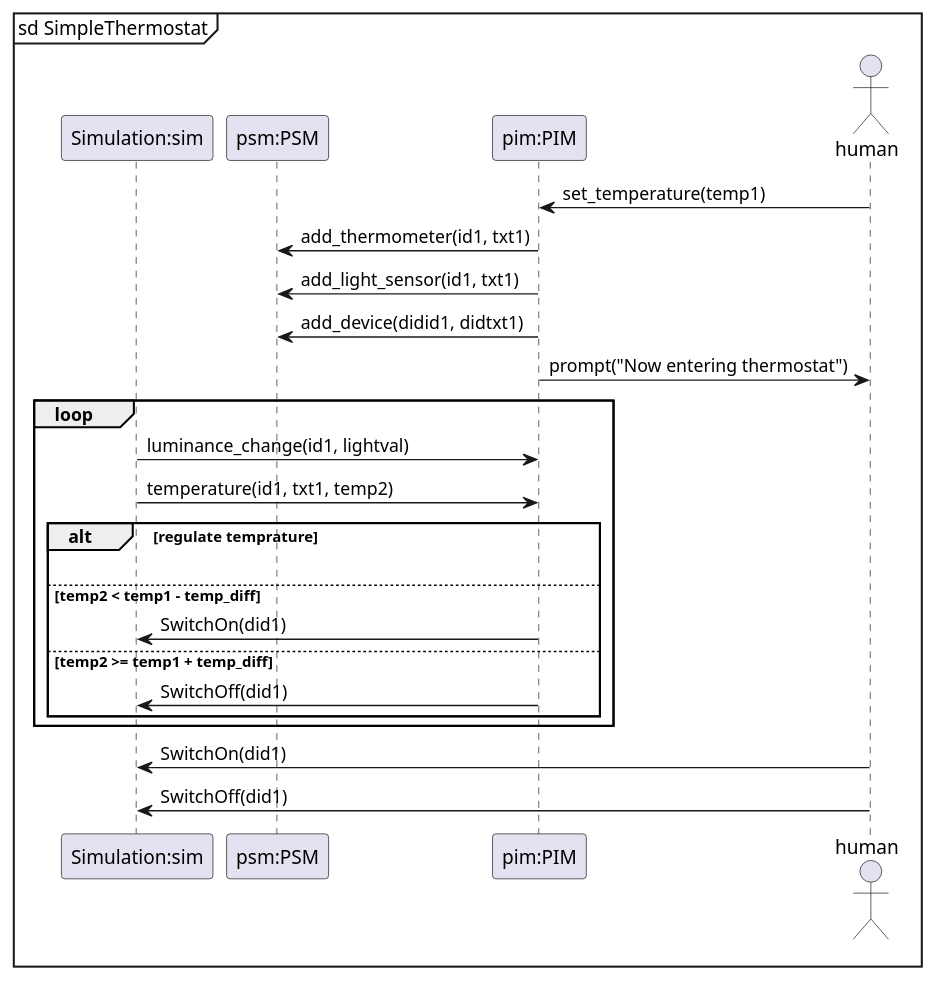
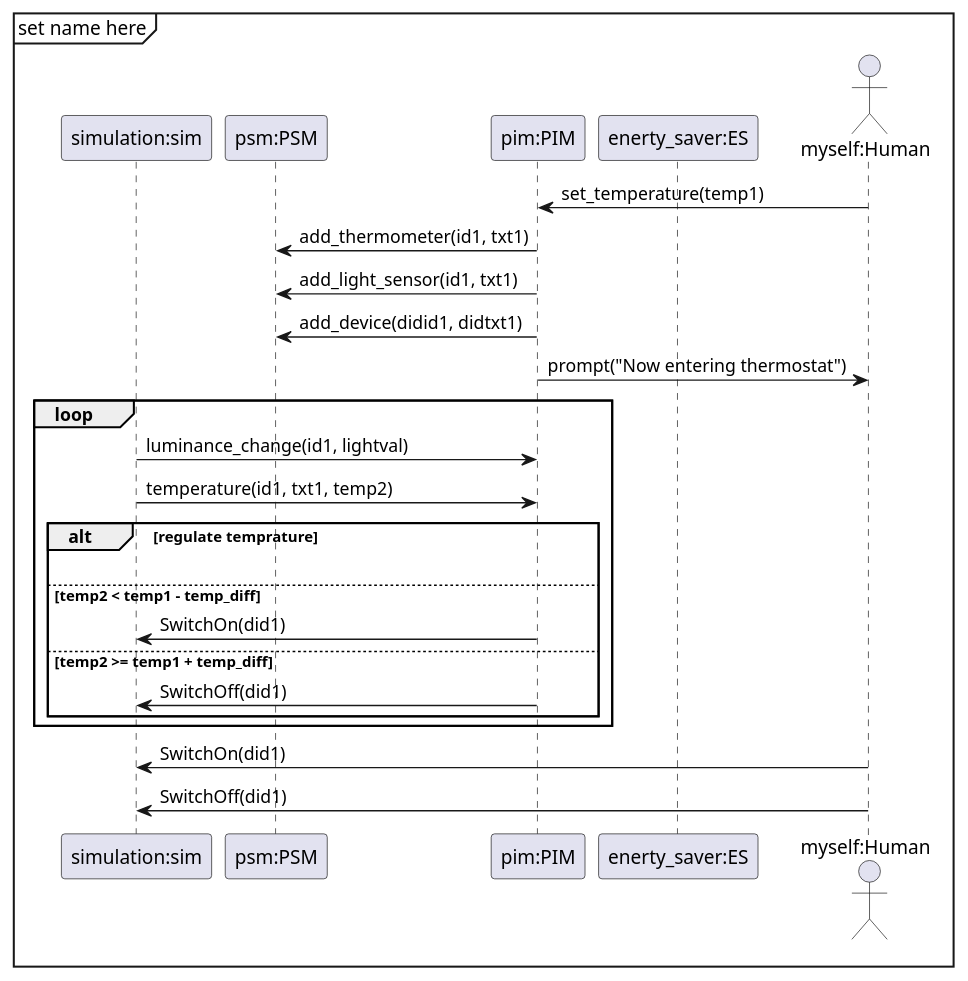
The diagram in Oblig1/sequence diagram.plantuml (Tobhal/HIOF-Models-and-Digital-Twins), drawn with PlantUML before and after one commit. The commit also changed 2 other files, not shown here.

Commit message:
Change name to a temp name

```diff
--- a/Oblig1/sequence diagram.plantuml
+++ b/Oblig1/sequence diagram.plantuml
@@ -1,32 +1,33 @@
 @startuml sequense diagram
-mainframe sd SimpleThermostat
+mainframe set name here
 
-participant "Simulation:sim" as sim
+participant "simulation:sim" as sim
 participant "psm:PSM" as psm
 participant "pim:PIM" as pim
-actor human
+participant "enerty_saver:ES" as es
+actor "myself:Human" as human
 
 pim <- human : set_temperature(temp1)
 psm <- pim: add_thermometer(id1, txt1)
 psm <- pim: add_light_sensor(id1, txt1)
 psm <- pim: add_device(didid1, didtxt1)
 pim -> human : prompt("Now entering thermostat")
 
 loop
     sim -> pim: luminance_change(id1, lightval)
     sim -> pim: temperature(id1, txt1, temp2)
 
     alt regulate temprature
         |||
         else temp2 < temp1 - temp_diff
             pim -> sim: SwitchOn(did1)
         else temp2 >= temp1 + temp_diff
             pim -> sim: SwitchOff(did1)
     end
 
 end
 
 sim <- human: SwitchOn(did1)
 sim <- human: SwitchOff(did1)
 
 @enduml
```
